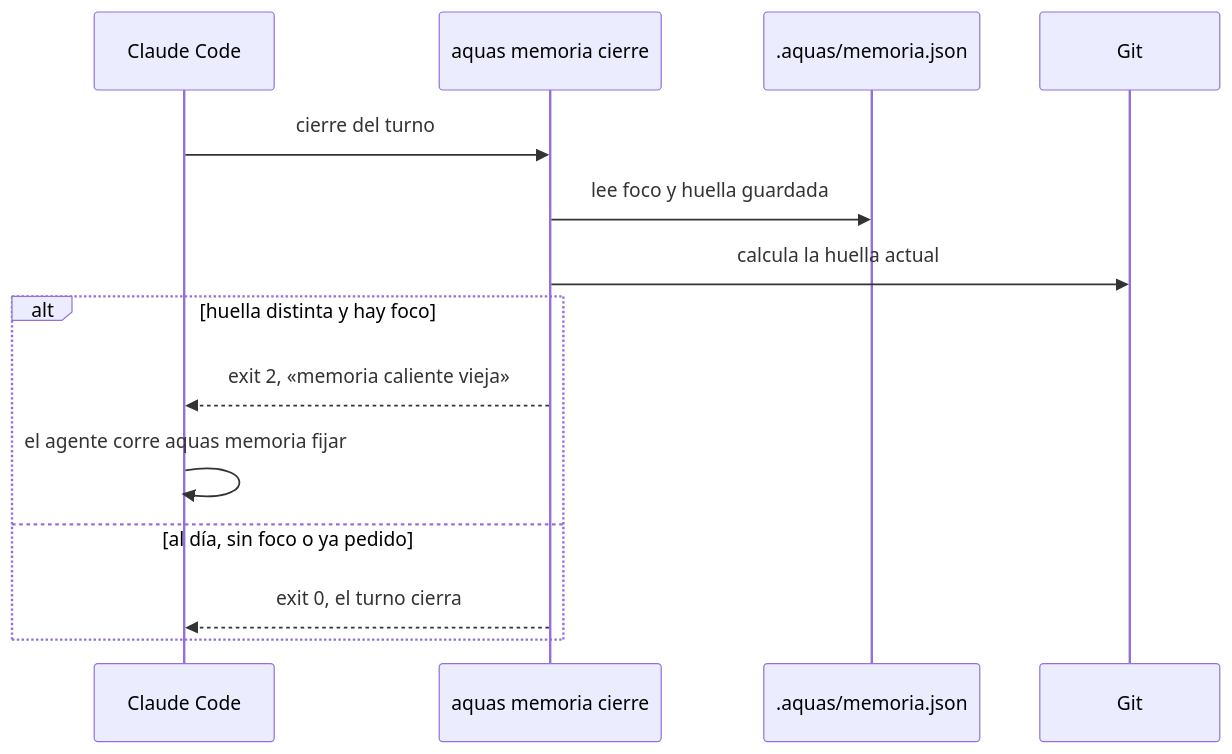
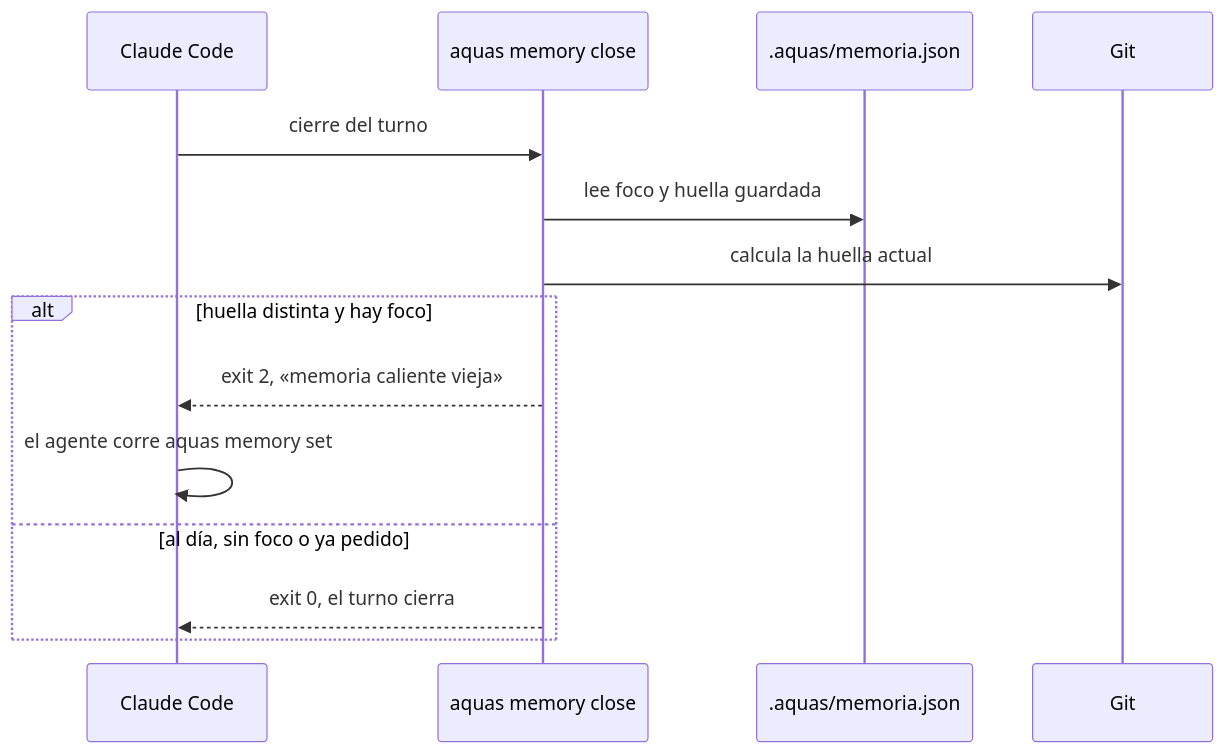
One commit to jliberal-aquas/aquas-central-harness-government changed the first of 2 diagrams in docs/E001/F005/S002.md. Above: the diagram before and after it, drawn with Mermaid. The commit also changed other lines of this file and 184 other files, not shown here.

````diff
--- a/docs/E001/F005/S002.md
+++ b/docs/E001/F005/S002.md
@@ -45,16 +45,16 @@
 ```mermaid
 sequenceDiagram
     participant C as Claude Code
-    participant A as aquas memoria cierre
+    participant A as aquas memory close
     participant M as .aquas/memoria.json
     participant G as Git
     C->>A: cierre del turno
     A->>M: lee foco y huella guardada
     A->>G: calcula la huella actual
     alt huella distinta y hay foco
         A-->>C: exit 2, «memoria caliente vieja»
-        C->>C: el agente corre aquas memoria fijar
+        C->>C: el agente corre aquas memory set
     else al día, sin foco o ya pedido
         A-->>C: exit 0, el turno cierra
     end
 ```
````
